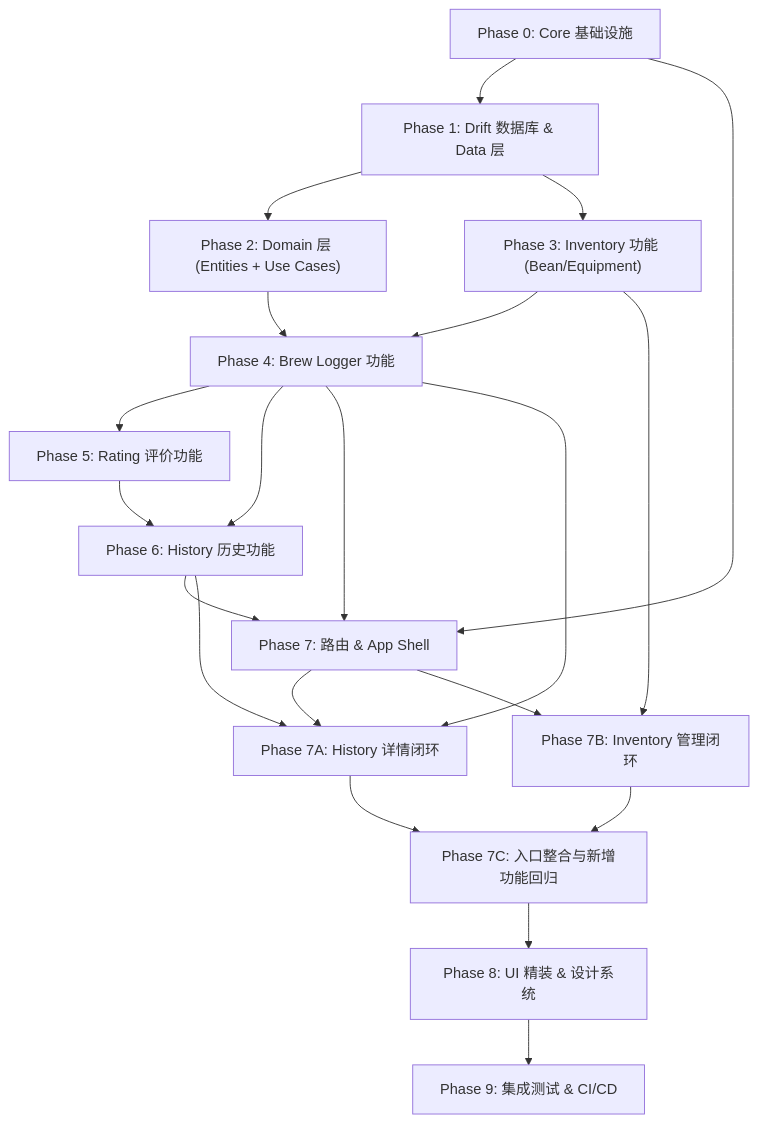
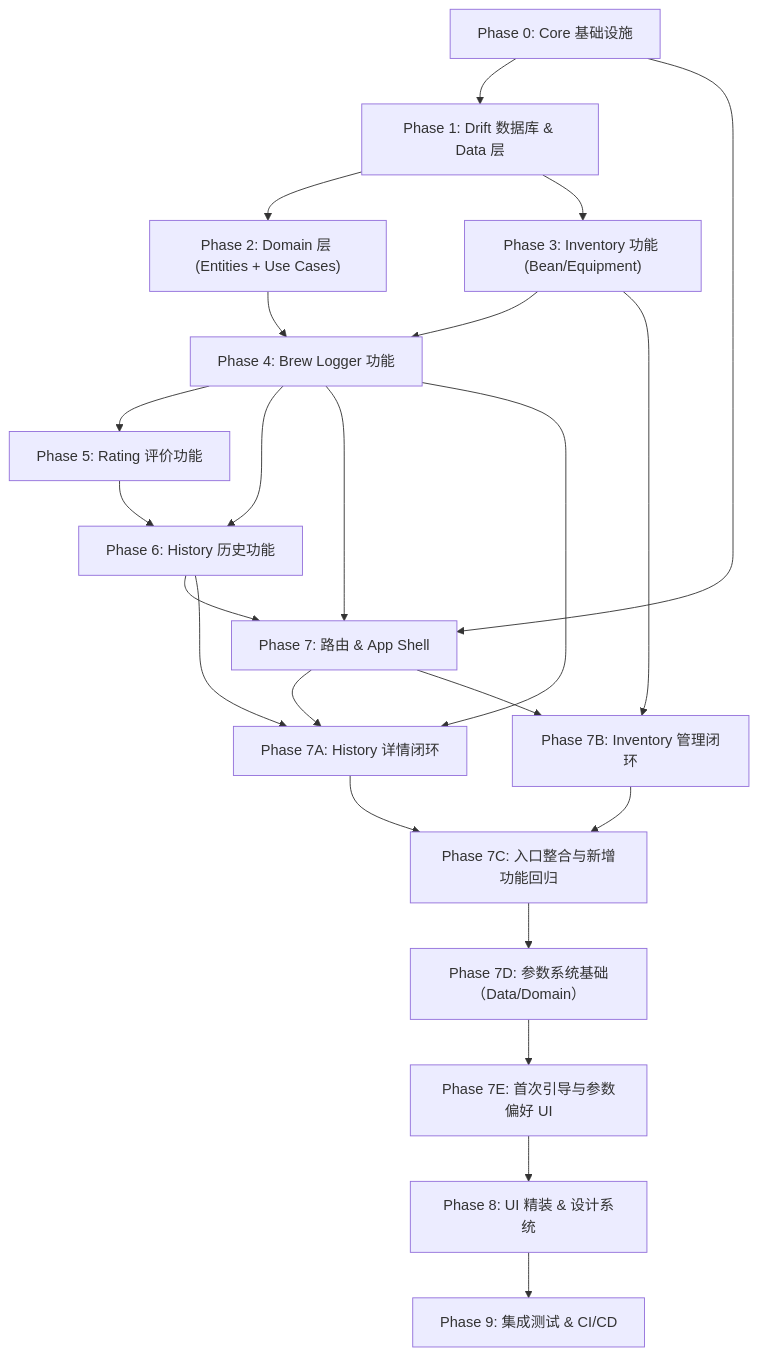
The diagram in docs/05_Development_Plan.md (BenjaminNH/OneBrew), drawn with Mermaid before and after one commit. The commit also changed other lines of this file and 2 other files, not shown here.

````diff
--- a/docs/05_Development_Plan.md
+++ b/docs/05_Development_Plan.md
@@ -15,23 +15,25 @@
 ```mermaid
 graph TD
   P0["Phase 0: Core 基础设施"] --> P1["Phase 1: Drift 数据库 & Data 层"]
   P1 --> P2["Phase 2: Domain 层 (Entities + Use Cases)"]
   P1 --> P3["Phase 3: Inventory 功能 (Bean/Equipment)"]
   P3 --> P4["Phase 4: Brew Logger 功能"]
   P2 --> P4
   P4 --> P5["Phase 5: Rating 评价功能"]
   P4 --> P6["Phase 6: History 历史功能"]
   P5 --> P6
   P0 --> P7["Phase 7: 路由 & App Shell"]
   P4 --> P7
   P6 --> P7
   P4 --> P7A["Phase 7A: History 详情闭环"]
   P6 --> P7A
   P7 --> P7A
   P3 --> P7B["Phase 7B: Inventory 管理闭环"]
   P7 --> P7B
   P7A --> P7C["Phase 7C: 入口整合与新增功能回归"]
   P7B --> P7C
-  P7C --> P8["Phase 8: UI 精装 & 设计系统"]
+  P7C --> P7D["Phase 7D: 参数系统基础（Data/Domain）"]
+  P7D --> P7E["Phase 7E: 首次引导与参数偏好 UI"]
+  P7E --> P8["Phase 8: UI 精装 & 设计系统"]
   P8 --> P9["Phase 9: 集成测试 & CI/CD"]
 ```
````
